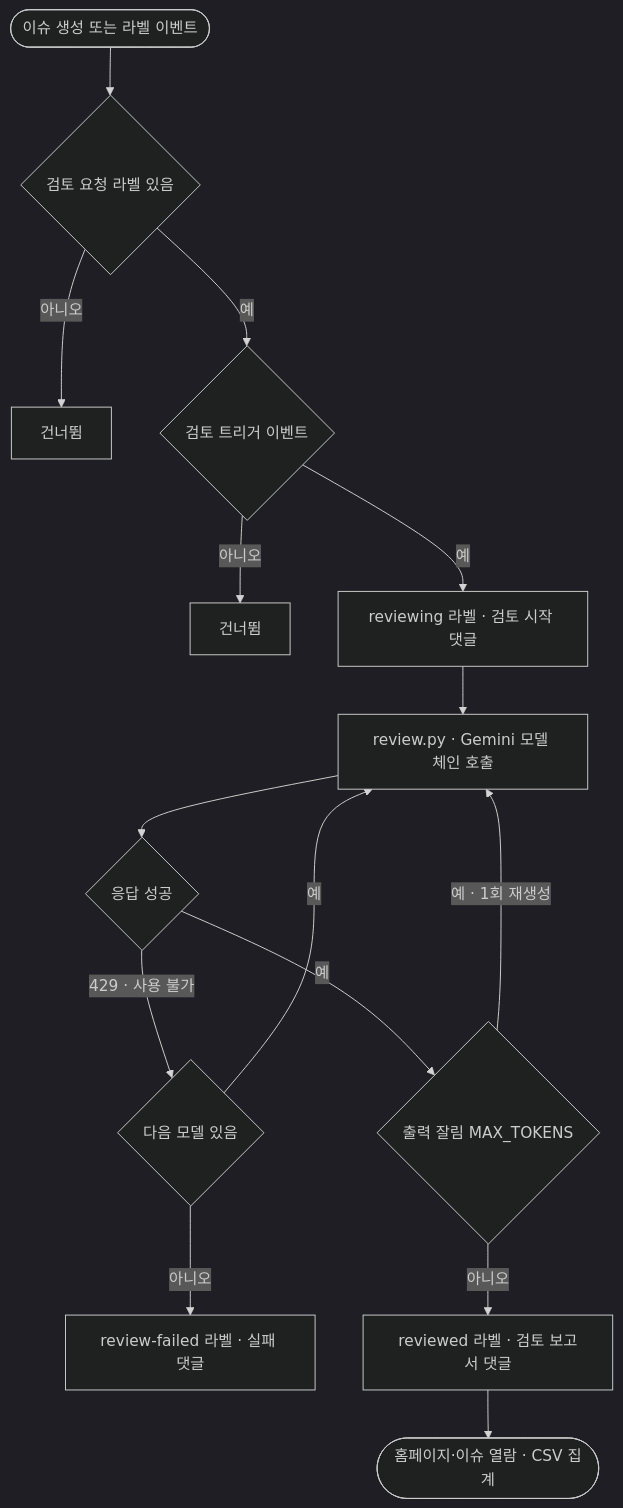
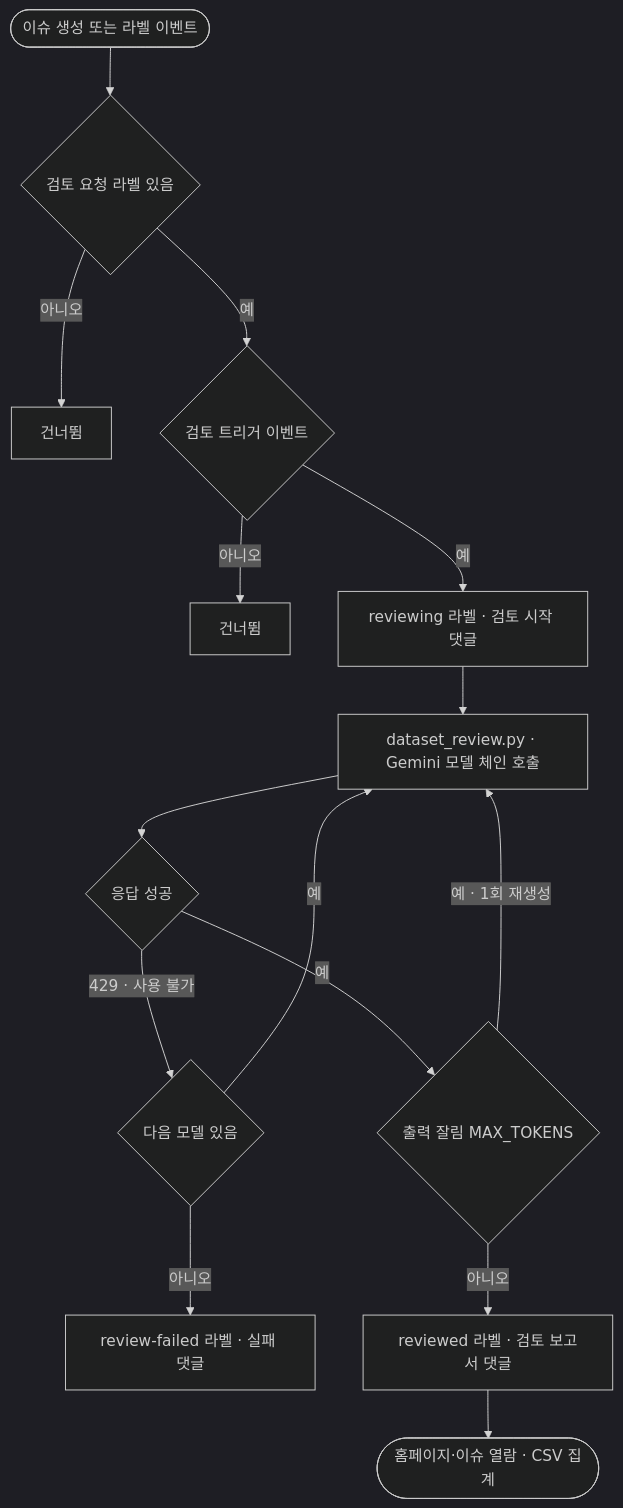
Before and after one commit to aigovsensing/dataset-review: the third of 3 diagrams in README.md, drawn with Mermaid (dark theme). The commit also changed other lines of this file and 8 other files, not shown here.

First line of the commit message:
refactor: 파일명을 dataset_review / paper_review 로 명확히 구분

````diff
--- a/README.md
+++ b/README.md
@@ -99,17 +99,17 @@
 ```mermaid
 flowchart TD
     A(["이슈 생성 또는 라벨 이벤트"]) --> B{"검토 요청 라벨 있음"}
     B -->|"아니오"| X["건너뜀"]
     B -->|"예"| D{"검토 트리거 이벤트"}
     D -->|"아니오"| X3["건너뜀"]
     D -->|"예"| E["reviewing 라벨 · 검토 시작 댓글"]
-    E --> F["review.py · Gemini 모델 체인 호출"]
+    E --> F["dataset_review.py · Gemini 모델 체인 호출"]
     F --> G{"응답 성공"}
     G -->|"429 · 사용 불가"| H{"다음 모델 있음"}
     H -->|"예"| F
     H -->|"아니오"| FAIL["review-failed 라벨 · 실패 댓글"]
     G -->|"예"| I{"출력 잘림 MAX_TOKENS"}
     I -->|"예 · 1회 재생성"| F
     I -->|"아니오"| J["reviewed 라벨 · 검토 보고서 댓글"]
     J --> K(["홈페이지·이슈 열람 · CSV 집계"])
 ```
````
